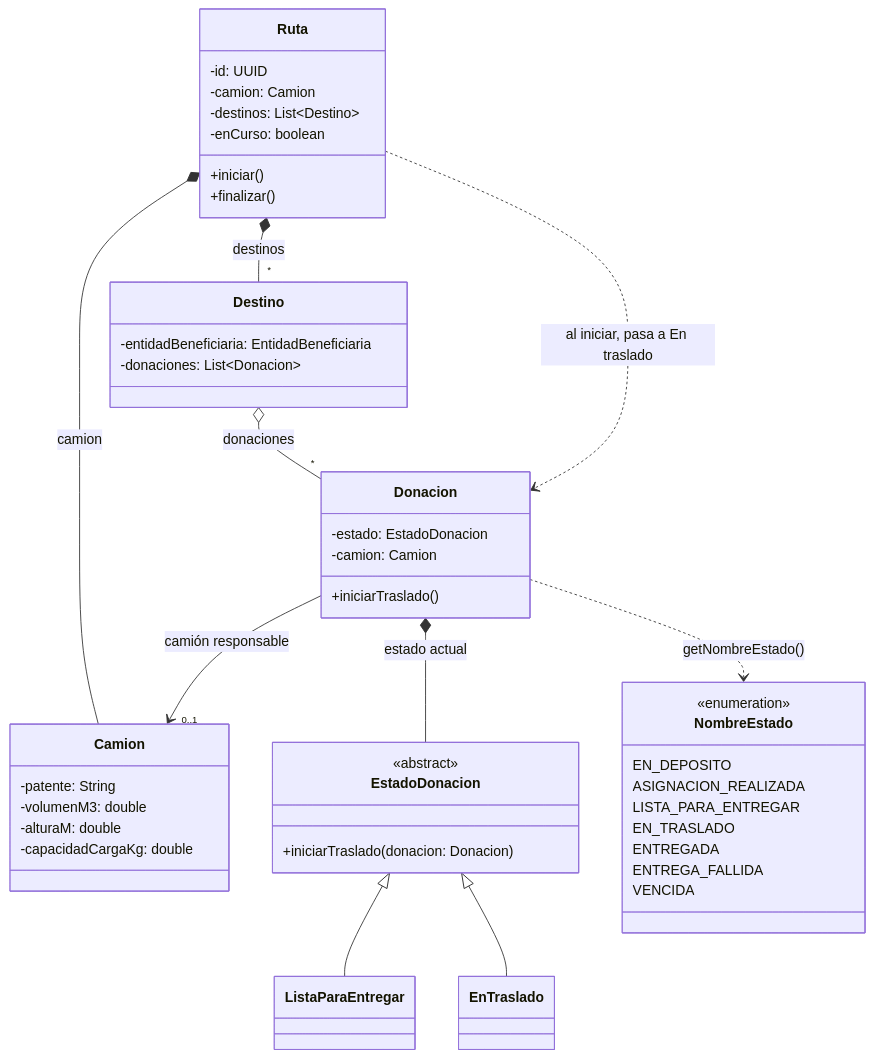
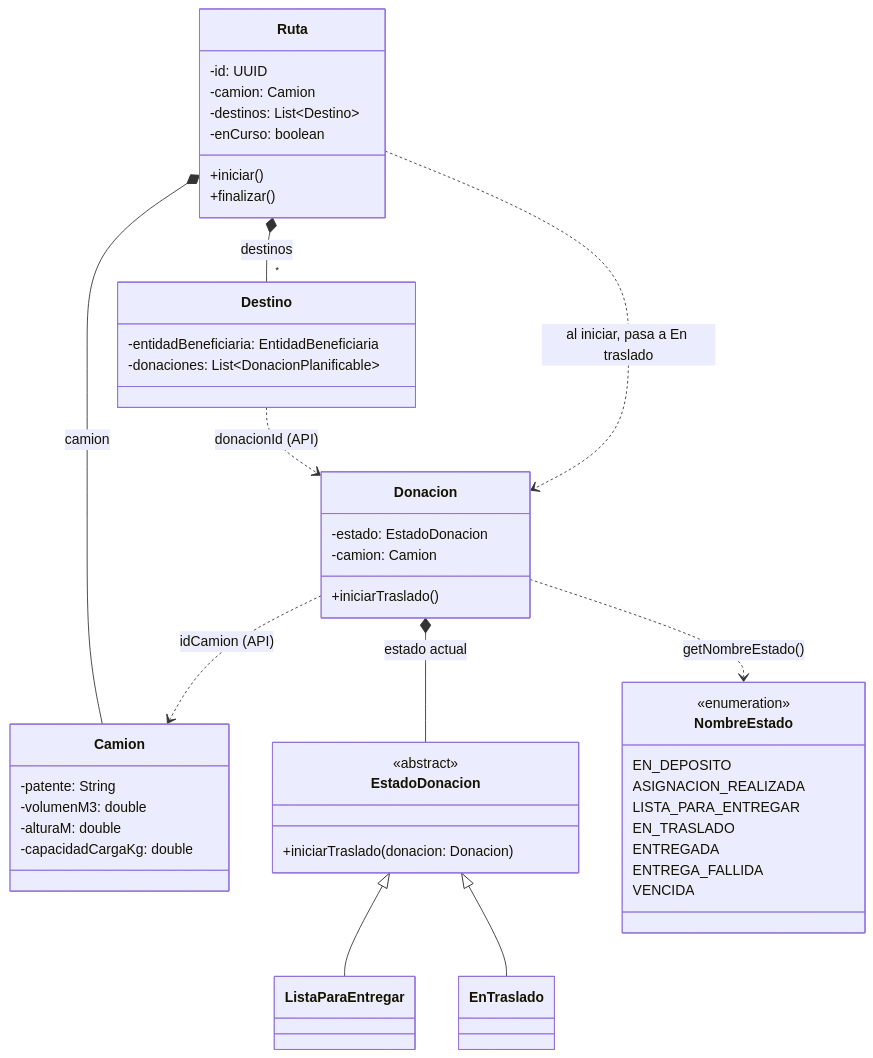
One commit to eonishi/tp-dds-2026-donatrack changed the diagram in docs/diagramas-por-requerimiento/e2-req6-inicio-ruta.mermaid. Above: the diagram before and after it, drawn with Mermaid. The commit also changed 11 other files, not shown here.

```diff
--- a/docs/diagramas-por-requerimiento/e2-req6-inicio-ruta.mermaid
+++ b/docs/diagramas-por-requerimiento/e2-req6-inicio-ruta.mermaid
@@ -1,59 +1,59 @@
 %% ============================================================================
 %% ENTREGA 2 — Requerimiento 6
 %% "El sistema debe permitir a los choferes de los camiones informar del
 %%  comienzo de su ruta."
 %% Al iniciar la ruta, las donaciones asignadas pasan a "En traslado".
 %% Fragmento mínimo del dominio involucrado.
 %% ============================================================================
 classDiagram
     direction TB
 
     class Ruta {
         -id: UUID
         -camion: Camion
         -destinos: List~Destino~
         -enCurso: boolean
         +iniciar()
         +finalizar()
     }
     class Camion {
         -patente: String
         -volumenM3: double
         -alturaM: double
         -capacidadCargaKg: double
     }
     class Destino {
         -entidadBeneficiaria: EntidadBeneficiaria
-        -donaciones: List~Donacion~
+        -donaciones: List~DonacionPlanificable~
     }
     class Donacion {
         -estado: EstadoDonacion
         -camion: Camion
         +iniciarTraslado()
     }
     class EstadoDonacion {
         <<abstract>>
         +iniciarTraslado(donacion: Donacion)
     }
     class ListaParaEntregar
     class EnTraslado
     class NombreEstado {
         <<enumeration>>
         EN_DEPOSITO
         ASIGNACION_REALIZADA
         LISTA_PARA_ENTREGAR
         EN_TRASLADO
         ENTREGADA
         ENTREGA_FALLIDA
         VENCIDA
     }
 
     Ruta *-- Camion : camion
     Ruta *-- "*" Destino : destinos
-    Destino o-- "*" Donacion : donaciones
+    Destino ..> Donacion : donacionId (API)
     Ruta ..> Donacion : al iniciar, pasa a En traslado
     Donacion *-- EstadoDonacion : estado actual
-    Donacion --> "0..1" Camion : camión responsable
+    Donacion ..> Camion : idCamion (API)
     EstadoDonacion <|-- ListaParaEntregar
     EstadoDonacion <|-- EnTraslado
     Donacion ..> NombreEstado : getNombreEstado()
```
